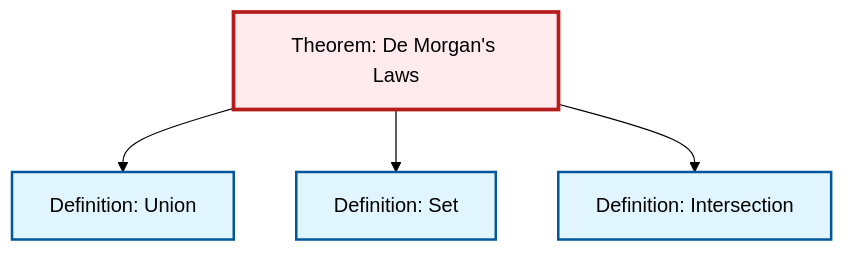
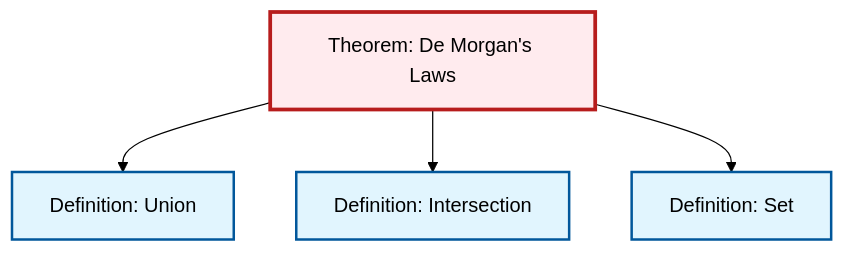
Before and after one commit to RK0429/ModernMath: the diagram in content/en/logic-set-theory/thm-de-morgan.qmd, drawn with Mermaid (forest theme). The commit also changed other lines of this file and 597 other files, not shown here.

````diff
--- a/content/en/logic-set-theory/thm-de-morgan.qmd
+++ b/content/en/logic-set-theory/thm-de-morgan.qmd
@@ -78,20 +78,20 @@
 ```{mermaid}
 %%| fig-cap: "Local dependency graph"
 graph TD
     classDef definition fill:#e1f5fe,stroke:#01579b,stroke-width:2px
     classDef theorem fill:#f3e5f5,stroke:#4a148c,stroke-width:2px
     classDef axiom fill:#fff3e0,stroke:#e65100,stroke-width:2px
     classDef example fill:#e8f5e9,stroke:#1b5e20,stroke-width:2px
     classDef current fill:#ffebee,stroke:#b71c1c,stroke-width:3px
+    def-union["Definition: Union"]:::definition
+    def-set["Definition: Set"]:::definition
     thm-de-morgan["Theorem: De Morgan's Laws"]:::theorem
-    def-set["Definition: Set"]:::definition
     def-intersection["Definition: Intersection"]:::definition
-    def-union["Definition: Union"]:::definition
     thm-de-morgan --> def-union
+    thm-de-morgan --> def-intersection
     thm-de-morgan --> def-set
-    thm-de-morgan --> def-intersection
     class thm-de-morgan current
+    click def-union "def-union.html" "Go to Union definition"
     click def-set "def-set.html" "Go to Set definition"
     click def-intersection "def-intersection.html" "Go to Intersection definition"
-    click def-union "def-union.html" "Go to Union definition"
 ```
````
